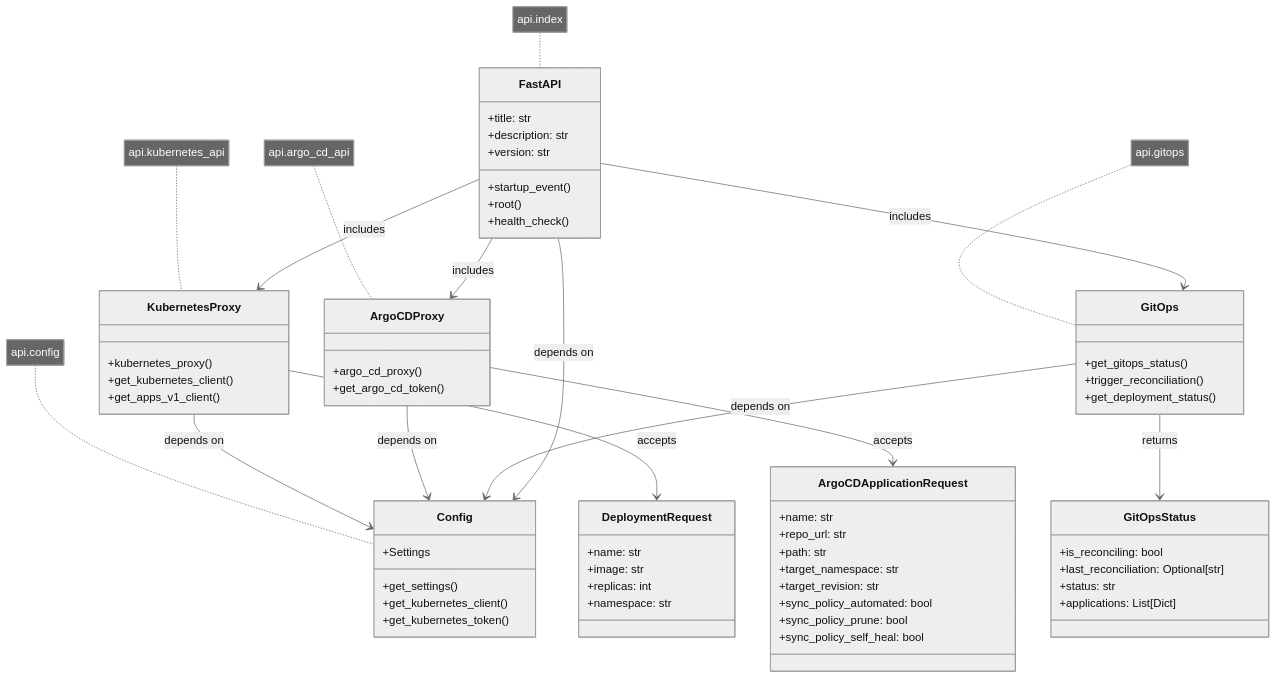
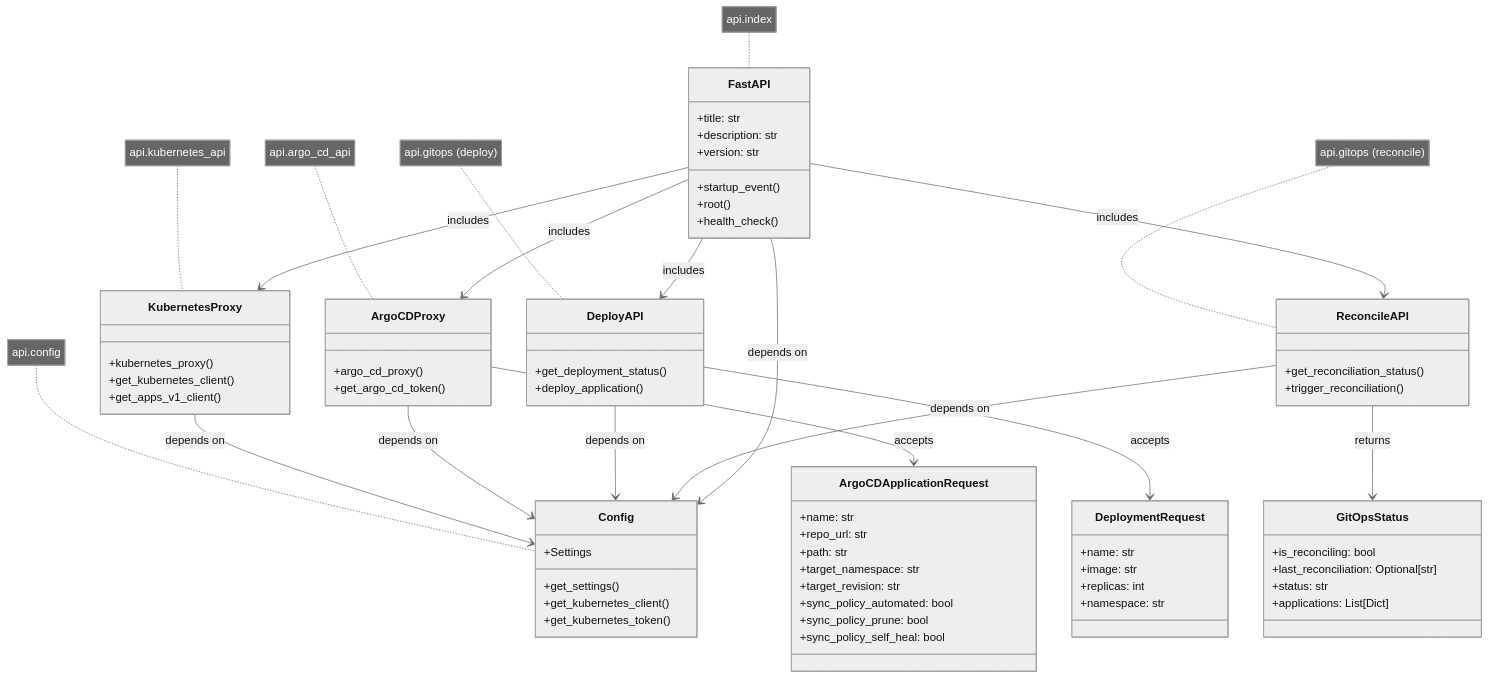
One commit to lloydchang/tvp-k8s changed the diagram in python/mermaid/api-structure-diagram.mermaid. Above: the diagram before and after it, drawn with Mermaid (neutral theme). The commit also changed 6 other files, not shown here.

```diff
--- a/python/mermaid/api-structure-diagram.mermaid
+++ b/python/mermaid/api-structure-diagram.mermaid
@@ -1,75 +1,82 @@
 classDiagram
     class FastAPI {
         +title: str
         +description: str
         +version: str
         +startup_event()
         +root()
         +health_check()
     }
     
     class KubernetesProxy {
         +kubernetes_proxy()
         +get_kubernetes_client()
         +get_apps_v1_client()
     }
     
     class ArgoCDProxy {
         +argo_cd_proxy()
         +get_argo_cd_token()
     }
     
-    class GitOps {
-        +get_gitops_status()
+    class DeployAPI {
+        +get_deployment_status()
+        +deploy_application()
+    }
+    
+    class ReconcileAPI {
+        +get_reconciliation_status()
         +trigger_reconciliation()
-        +get_deployment_status()
     }
     
     class Config {
         +Settings
         +get_settings()
         +get_kubernetes_client()
         +get_kubernetes_token()
     }
 
     class GitOpsStatus {
         +is_reconciling: bool
         +last_reconciliation: Optional[str]
         +status: str
         +applications: List[Dict]
     }
 
     class DeploymentRequest {
         +name: str
         +image: str
         +replicas: int
         +namespace: str
     }
 
     class ArgoCDApplicationRequest {
         +name: str
         +repo_url: str
         +path: str
         +target_namespace: str
         +target_revision: str
         +sync_policy_automated: bool
         +sync_policy_prune: bool
         +sync_policy_self_heal: bool
     }
     
     FastAPI --> KubernetesProxy : includes
     FastAPI --> ArgoCDProxy : includes
-    FastAPI --> GitOps : includes
+    FastAPI --> DeployAPI : includes
+    FastAPI --> ReconcileAPI : includes
     KubernetesProxy --> Config : depends on
     ArgoCDProxy --> Config : depends on
-    GitOps --> Config : depends on
+    DeployAPI --> Config : depends on
+    ReconcileAPI --> Config : depends on
     FastAPI --> Config : depends on
-    GitOps --> GitOpsStatus : returns
-    KubernetesProxy --> DeploymentRequest : accepts
+    ReconcileAPI --> GitOpsStatus : returns
+    DeployAPI --> DeploymentRequest : accepts
     ArgoCDProxy --> ArgoCDApplicationRequest : accepts
 
     note for FastAPI "api.index"
     note for KubernetesProxy "api.kubernetes_api"
     note for ArgoCDProxy "api.argo_cd_api" 
-    note for GitOps "api.gitops"
+    note for DeployAPI "api.gitops (deploy)"
+    note for ReconcileAPI "api.gitops (reconcile)"
     note for Config "api.config"
```
